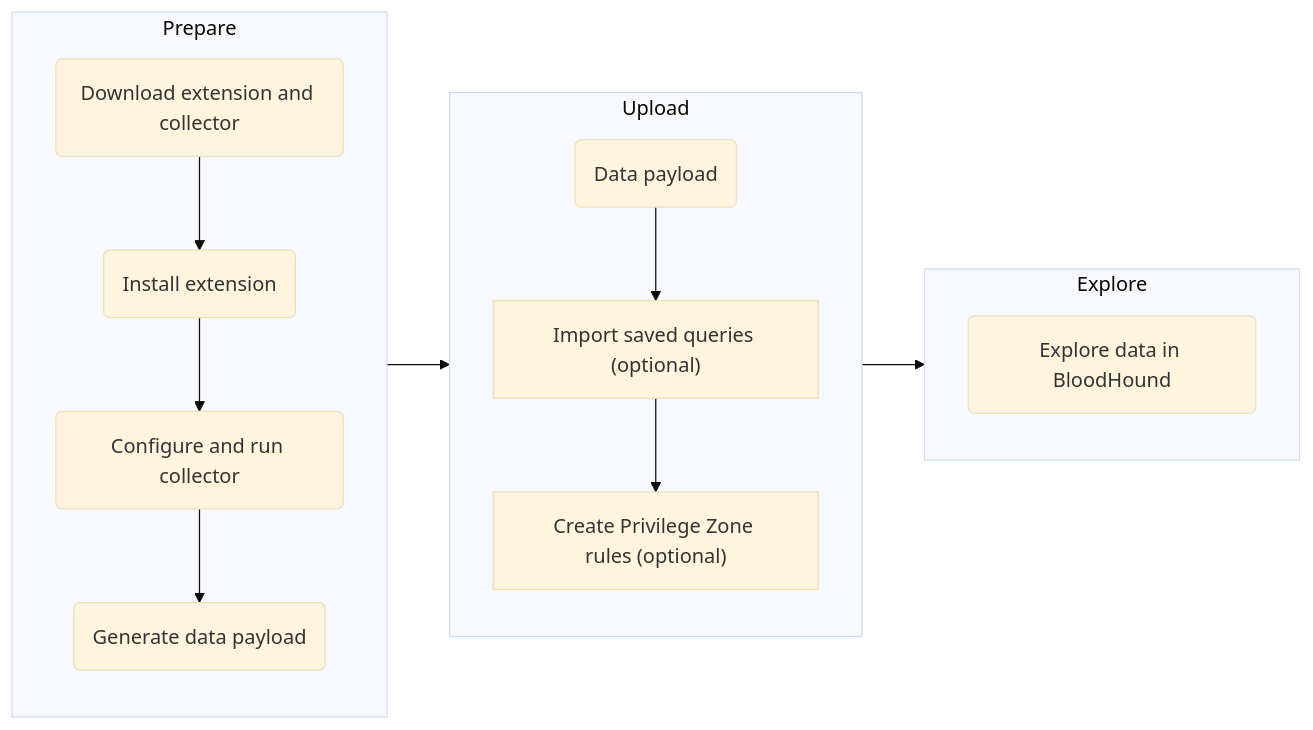
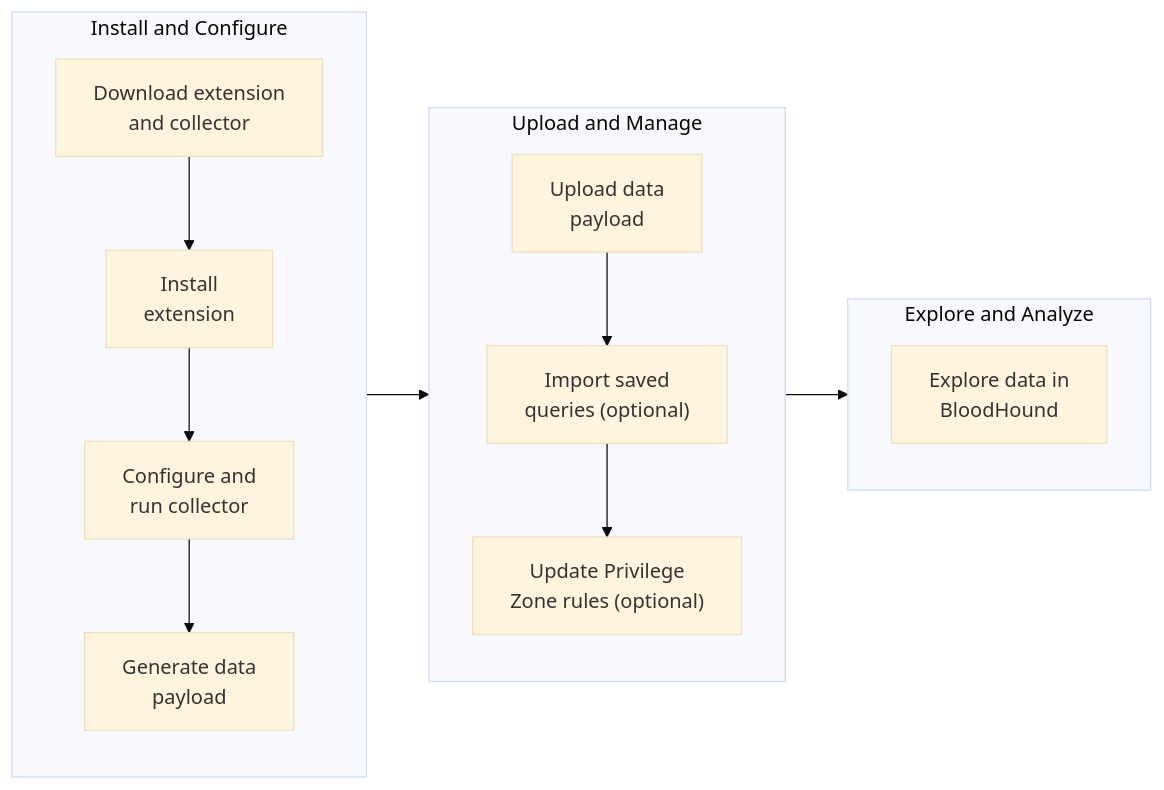
Before and after one commit to SpecterOps/bloodhound-docs: the diagram in docs/opengraph/extensions/manage.mdx, drawn with Mermaid (base theme).

Commit message:
style: normalize mermaid diagram

````diff
--- a/docs/opengraph/extensions/manage.mdx
+++ b/docs/opengraph/extensions/manage.mdx
@@ -57,20 +57,20 @@
 ```mermaid
 flowchart LR
-	subgraph prepare[Prepare]
-		a(Download extension and collector)
-        a-->b(Install extension)
-        b-->c(Configure and run collector)
-        c-->d(Generate data payload)
+	subgraph prepare[Install and Configure]
+		a["Download extension<br/>and collector"]
+        a-->b["Install<br/>extension"]
+        b-->c["Configure and<br/>run collector"]
+        c-->d["Generate data<br/>payload"]
     end
 
-	subgraph upload[Upload]
-		f(Data payload)
-        f-->g["Import saved queries (optional)"]
-		g-->h["Create Privilege Zone rules (optional)"]
+	subgraph upload[Upload and Manage]
+		f["Upload data<br/>payload"]
+        f-->g["Import saved<br/>queries (optional)"]
+		g-->h["Update Privilege<br/>Zone rules (optional)"]
 	end
 
-	subgraph use[Explore]
-		i(Explore data in BloodHound)
+	subgraph use[Explore and Analyze]
+		i["Explore data in<br/>BloodHound"]
 	end
     prepare-->upload-->use
 ```
````
